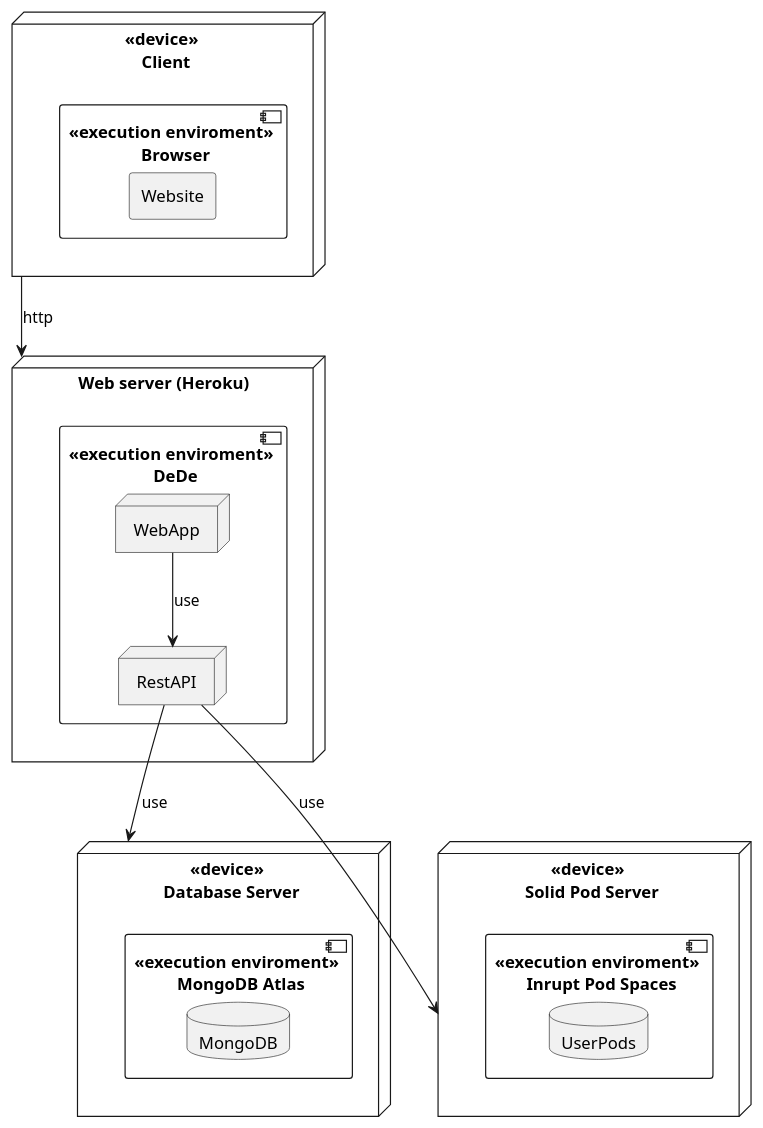
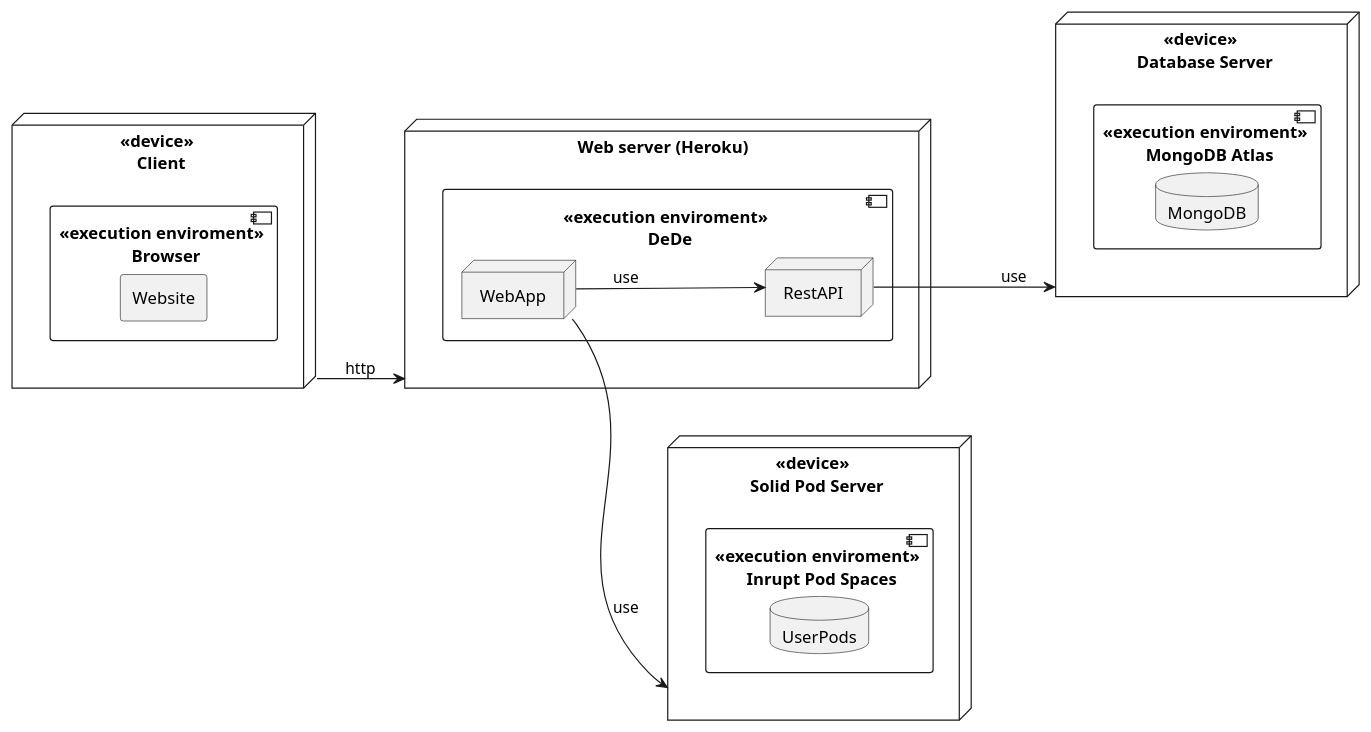
One commit to Arquisoft/dede_es5a changed the diagram in docs/07_deployment_view.adoc. Above: the diagram before and after it, drawn with PlantUML.

Commit message:
Punto 7: Corregido detalle

```diff
--- a/docs/07_deployment_view.adoc
+++ b/docs/07_deployment_view.adoc
@@ -39,34 +39,37 @@
 [plantuml,"Deployment_view_diagram", png]
 ----
 @startuml
+
+left to right direction
+
 node "<<device>> \n Client" as client{
 component "<<execution enviroment>> \n Browser"{
 rectangle Website
 }
 }
 
 node "Web server (Heroku)" as webserver{
 component "<<execution enviroment>> \n DeDe"{
 node WebApp
 node RestAPI
 }
 }
 
 node "<<device>> \n Database Server" as db{
 component "<<execution enviroment>> \n MongoDB Atlas"{
 database MongoDB
 }
 }
 
 node "<<device>> \n Solid Pod Server" as solid{
 component "<<execution enviroment>> \n Inrupt Pod Spaces"{
 database UserPods
 }
 }
 
 client --> webserver : http
 WebApp --> RestAPI : use
 RestAPI --> db : use
-RestAPI --> solid : use
+WebApp --> solid : use
 @enduml
 ----
```
